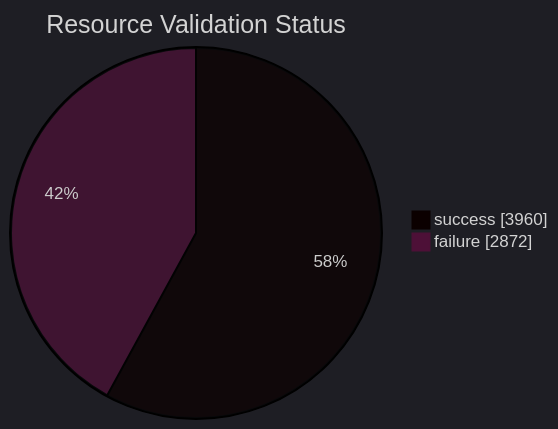
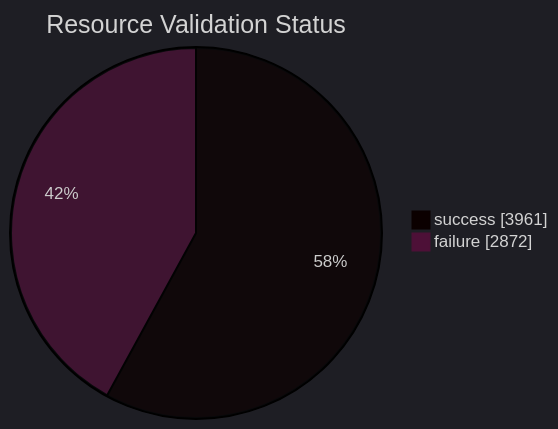
Before and after one commit to open-data/analytics-corporate-reporting: the diagram in datastore_tracker/resource_validation_status_pie_chart.md, drawn with Mermaid. The commit also changed 9 other files, not shown here.

````diff
--- a/datastore_tracker/resource_validation_status_pie_chart.md
+++ b/datastore_tracker/resource_validation_status_pie_chart.md
@@ -2,9 +2,9 @@
 ```mermaid
 ---
 config:
   theme: dark
 ---
 pie showData title Resource Validation Status
-    "success": 3960
+    "success": 3961
     "failure": 2872
 ```
````
